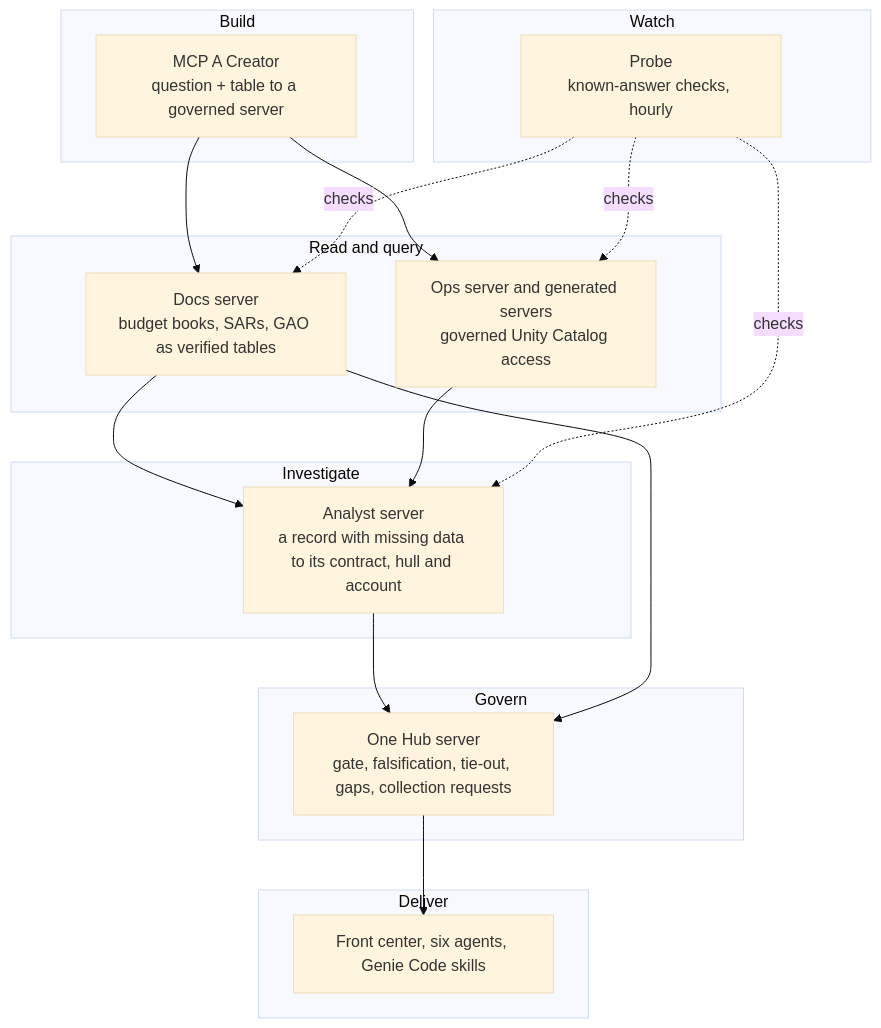
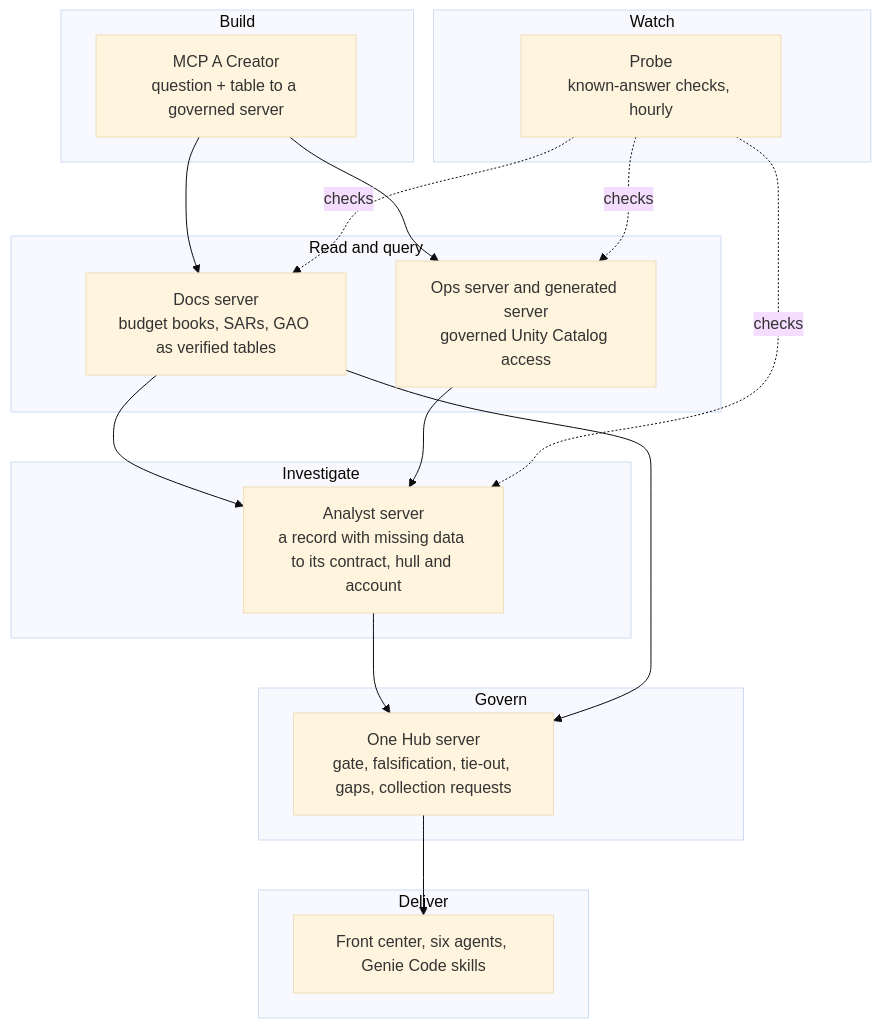
Before and after one commit to gsa-mcp-hackathon/gsa-hackathon-mcp-creator-and-agent-for-air-carrier: the first of 2 diagrams in README.md, drawn with Mermaid (base theme). The commit also changed other lines of this file and 59 other files, not shown here.

First line of the commit message:
Remove the generated weather server (mcp-weather)

````diff
--- a/README.md
+++ b/README.md
@@ -189,29 +189,29 @@
 ```mermaid
 flowchart TB
   subgraph Build["Build"]
     CR["MCP A Creator<br/>question + table to a governed server"]
   end
   subgraph Read["Read and query"]
     DOC["Docs server<br/>budget books, SARs, GAO as verified tables"]
-    OPS["Ops server and generated servers<br/>governed Unity Catalog access"]
+    OPS["Ops server and generated server<br/>governed Unity Catalog access"]
   end
   subgraph Reason["Investigate"]
     AN["Analyst server<br/>a record with missing data to its contract, hull and account"]
   end
   subgraph Govern["Govern"]
     HUB["One Hub server<br/>gate, falsification, tie-out, gaps, collection requests"]
   end
   subgraph Watch["Watch"]
     PR["Probe<br/>known-answer checks, hourly"]
   end
   subgraph Deliver["Deliver"]
     FC["Front center, six agents, Genie Code skills"]
   end
   CR --> DOC & OPS
   DOC --> AN
   OPS --> AN
   AN --> HUB
   DOC --> HUB
   HUB --> FC
   PR -. checks .-> DOC & AN & OPS
 ```
````
